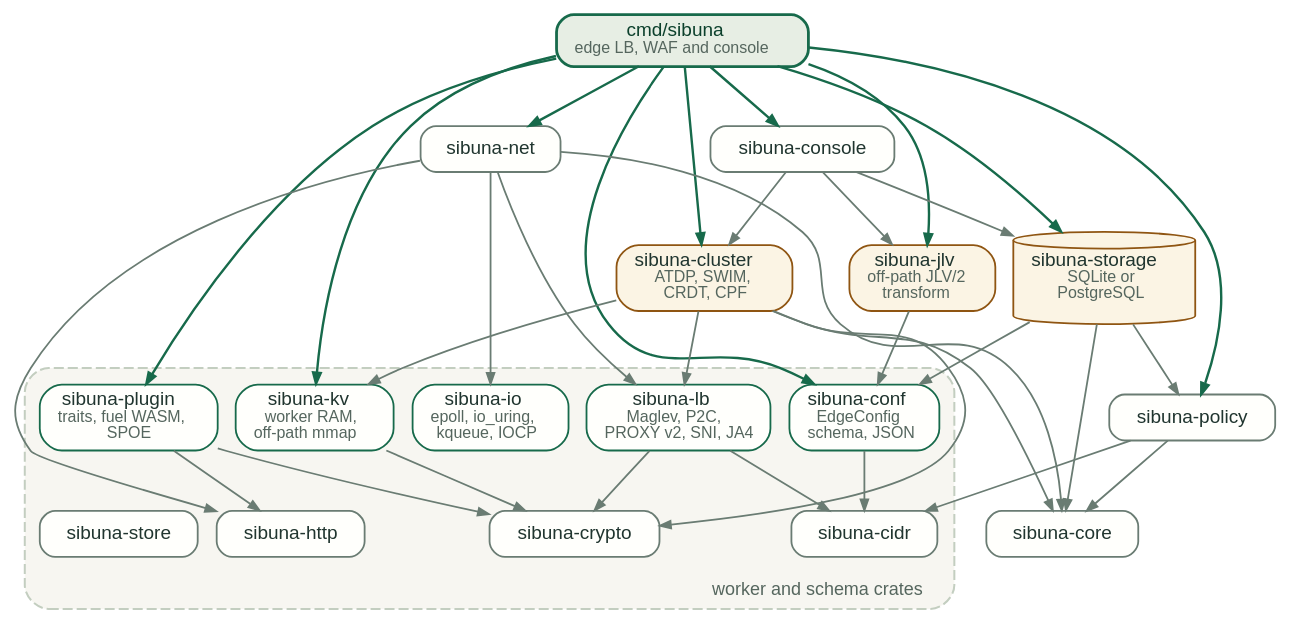
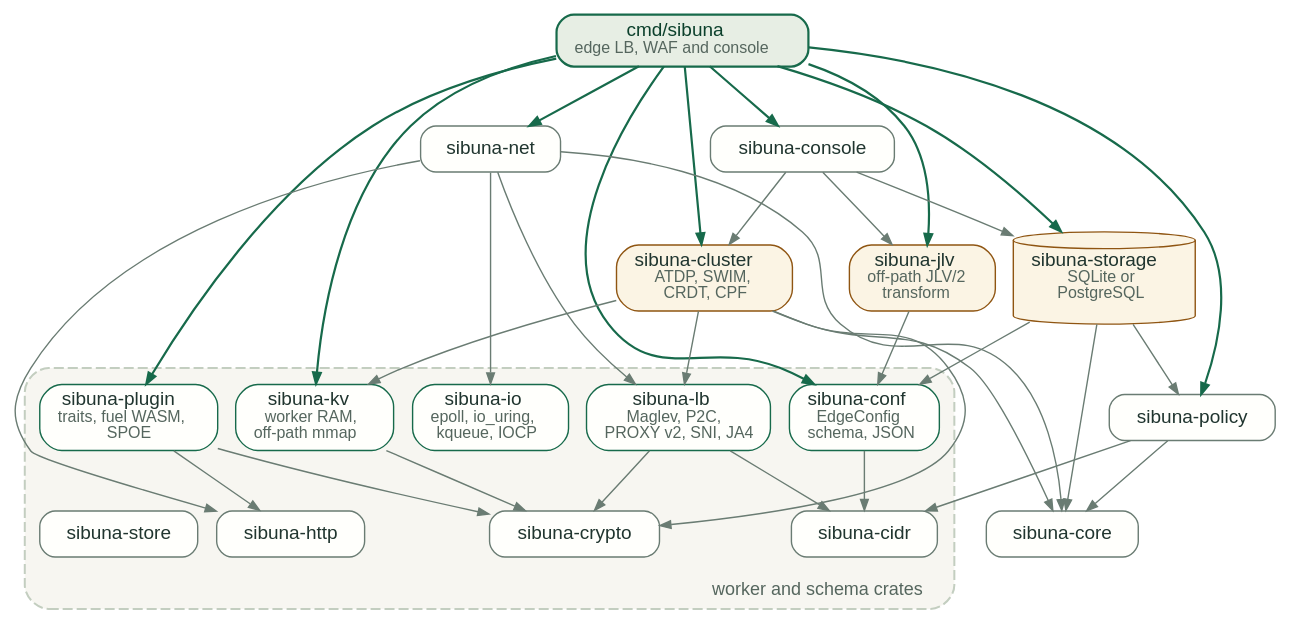
The diagram in docs/sid/diagrams/edge-crates.dot (insanai/sibuna), drawn with Graphviz before and after one commit. The commit also changed 9 other files, not shown here.

Commit message:
docs: draw the crate graphs with the guideline's strokes

```diff
--- a/docs/sid/diagrams/edge-crates.dot
+++ b/docs/sid/diagrams/edge-crates.dot
@@ -1,50 +1,50 @@
 digraph edge_crates {
   graph [rankdir=TB, bgcolor="transparent", newrank=true, nodesep=0.12, ranksep=0.42, pad=0.2, fontname="Helvetica", fontsize=9, fontcolor="#55665e"];
-  node [shape=box, style="rounded,filled", fontname="Helvetica", fontsize=9.5, fontcolor="#20352f", color="#6a7c73", fillcolor="#fffffc", penwidth=0.9, height=0.32, margin="0.12,0.05"];
-  edge [color="#6a7c73", arrowsize=0.55, penwidth=0.9];
+  node [shape=box, style="rounded,filled", fontname="Helvetica", fontsize=9.5, fontcolor="#20352f", color="#6a7c73", fillcolor="#fffffc", penwidth=0.7, height=0.32, margin="0.12,0.05"];
+  edge [color="#6a7c73", arrowsize=0.55, penwidth=0.7];
 
-  daemon [label=<cmd/sibuna<BR/><FONT POINT-SIZE="8" COLOR="#55665e">edge LB, WAF and console</FONT>>, color="#176a4b", fillcolor="#e7eee4", fontcolor="#0c402c", penwidth=1.4];
+  daemon [label=<cmd/sibuna<BR/><FONT POINT-SIZE="8" COLOR="#55665e">edge LB, WAF and console</FONT>>, color="#176a4b", fillcolor="#e7eee4", fontcolor="#0c402c", penwidth=1.1];
   console [label="sibuna-console"];
   net [label="sibuna-net"];
   jlv [label=<sibuna-jlv<BR/><FONT POINT-SIZE="8" COLOR="#55665e">off-path JLV/2<BR/>transform</FONT>>, color="#8f5512", fillcolor="#fbf4e4"];
   cluster [label=<sibuna-cluster<BR/><FONT POINT-SIZE="8" COLOR="#55665e">ATDP, SWIM,<BR/>CRDT, CPF</FONT>>, color="#8f5512", fillcolor="#fbf4e4"];
   storage [label=<sibuna-storage<BR/><FONT POINT-SIZE="8" COLOR="#55665e">SQLite or<BR/>PostgreSQL</FONT>>, color="#8f5512", fillcolor="#fbf4e4", shape=cylinder, style=filled];
   policy [label="sibuna-policy"];
   core [label="sibuna-core"];
 
   subgraph cluster_reusable {
     label="worker and schema crates"; labelloc=b; labeljust=r; style="dashed,rounded,filled"; color="#c3cec0"; fillcolor="#f7f6f1"; margin=8;
     node [color="#176a4b"];
     io [label=<sibuna-io<BR/><FONT POINT-SIZE="8" COLOR="#55665e">epoll, io_uring,<BR/>kqueue, IOCP</FONT>>];
     kv [label=<sibuna-kv<BR/><FONT POINT-SIZE="8" COLOR="#55665e">worker RAM,<BR/>off-path mmap</FONT>>];
     lb [label=<sibuna-lb<BR/><FONT POINT-SIZE="8" COLOR="#55665e">Maglev, P2C,<BR/>PROXY v2, SNI, JA4</FONT>>];
     conf [label=<sibuna-conf<BR/><FONT POINT-SIZE="8" COLOR="#55665e">EdgeConfig<BR/>schema, JSON</FONT>>];
     plugin [label=<sibuna-plugin<BR/><FONT POINT-SIZE="8" COLOR="#55665e">traits, fuel WASM,<BR/>SPOE</FONT>>];
     node [color="#6a7c73"];
     crypto [label="sibuna-crypto"];
     cidr [label="sibuna-cidr"];
     store [label="sibuna-store"];
     http [label="sibuna-http"];
   }
 
   { rank=same; console; net; }
   { rank=same; storage; cluster; jlv; }
   { rank=same; policy; conf; lb; kv; io; plugin; }
   { rank=same; core; cidr; crypto; http; store; }
 
-  daemon -> net [color="#176a4b", penwidth=1.2]; daemon -> cluster [color="#176a4b", penwidth=1.2];
-  daemon -> kv [color="#176a4b", penwidth=1.2]; daemon -> conf [color="#176a4b", penwidth=1.2];
-  daemon -> jlv [color="#176a4b", penwidth=1.2]; daemon -> plugin [color="#176a4b", penwidth=1.2];
-  daemon -> policy [color="#176a4b", penwidth=1.2]; daemon -> storage [color="#176a4b", penwidth=1.2];
-  daemon -> console [color="#176a4b", penwidth=1.2];
+  daemon -> net [color="#176a4b", penwidth=1.1]; daemon -> cluster [color="#176a4b", penwidth=1.1];
+  daemon -> kv [color="#176a4b", penwidth=1.1]; daemon -> conf [color="#176a4b", penwidth=1.1];
+  daemon -> jlv [color="#176a4b", penwidth=1.1]; daemon -> plugin [color="#176a4b", penwidth=1.1];
+  daemon -> policy [color="#176a4b", penwidth=1.1]; daemon -> storage [color="#176a4b", penwidth=1.1];
+  daemon -> console [color="#176a4b", penwidth=1.1];
   console -> storage; console -> cluster; console -> jlv;
   storage -> conf; storage -> policy; storage -> core;
   cluster -> lb; cluster -> kv; cluster -> crypto; cluster -> core;
   net -> io; net -> lb; net -> http; net -> core;
   jlv -> conf;
   policy -> core; policy -> cidr;
   plugin -> http; plugin -> crypto;
   conf -> cidr;
   lb -> crypto; lb -> cidr;
   kv -> crypto;
 }
```
